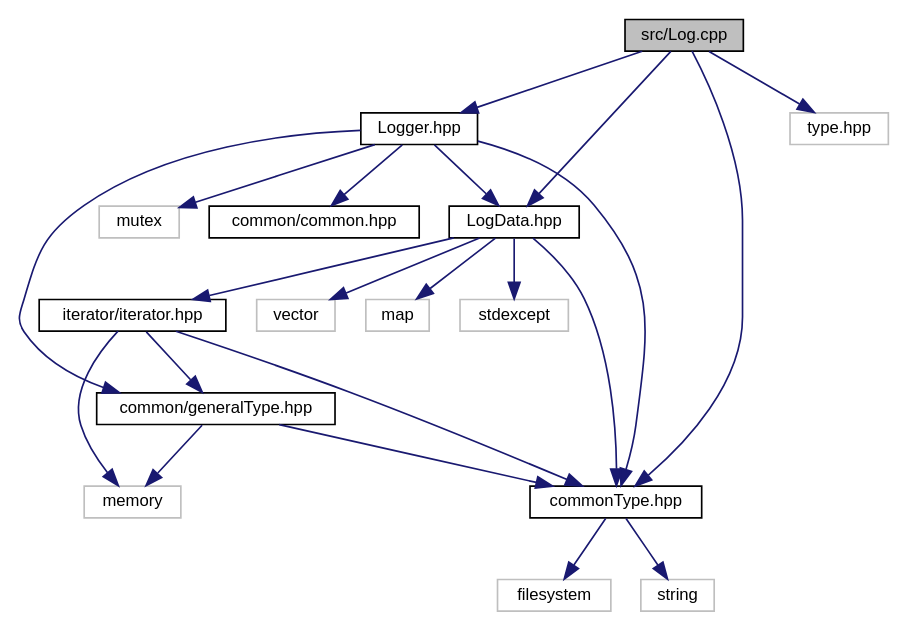
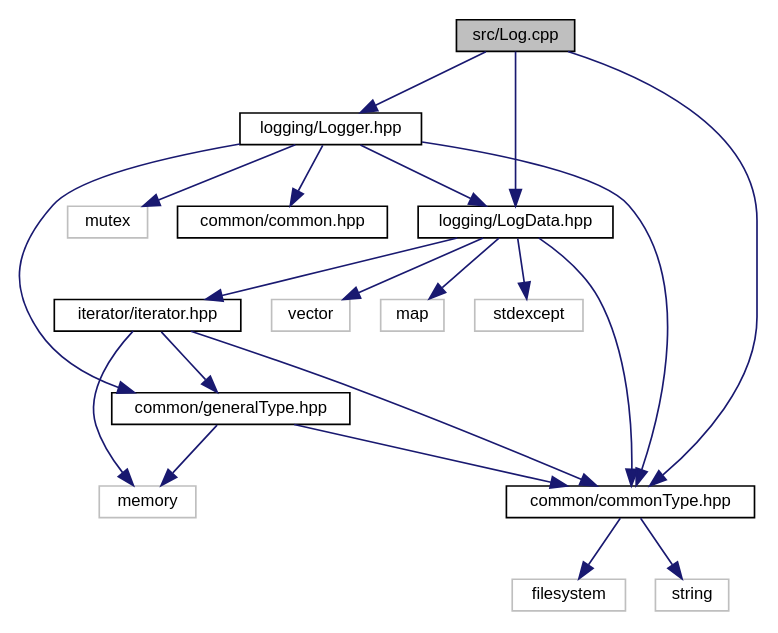
The diagram in document/ドキュメント/Log_8cpp__incl.dot (aka1ha2n3e/project00), drawn with Graphviz before and after one commit. The commit also changed 365 other files, not shown here.

```diff
--- a/document/ドキュメント/Log_8cpp__incl.dot
+++ b/document/ドキュメント/Log_8cpp__incl.dot
@@ -1,42 +1,40 @@
 digraph "src/Log.cpp"
 {
  // LATEX_PDF_SIZE
   edge [fontname="Helvetica",fontsize="10",labelfontname="Helvetica",labelfontsize="10"];
   node [fontname="Helvetica",fontsize="10",shape=record];
   Node1 [label="src/Log.cpp",height=0.2,width=0.4,color="black", fillcolor="grey75", style="filled", fontcolor="black",tooltip=" "];
   Node1 -> Node2 [color="midnightblue",fontsize="10",style="solid",fontname="Helvetica"];
-  Node2 [label="commonType.hpp",height=0.2,width=0.4,color="black", fillcolor="white", style="filled",URL="$commonType_8hpp.html",tooltip=" "];
+  Node2 [label="common/commonType.hpp",height=0.2,width=0.4,color="black", fillcolor="white", style="filled",URL="$commonType_8hpp.html",tooltip=" "];
   Node2 -> Node3 [color="midnightblue",fontsize="10",style="solid",fontname="Helvetica"];
   Node3 [label="filesystem",height=0.2,width=0.4,color="grey75", fillcolor="white", style="filled",tooltip=" "];
   Node2 -> Node4 [color="midnightblue",fontsize="10",style="solid",fontname="Helvetica"];
   Node4 [label="string",height=0.2,width=0.4,color="grey75", fillcolor="white", style="filled",tooltip=" "];
   Node1 -> Node5 [color="midnightblue",fontsize="10",style="solid",fontname="Helvetica"];
-  Node5 [label="type.hpp",height=0.2,width=0.4,color="grey75", fillcolor="white", style="filled",tooltip=" "];
-  Node1 -> Node6 [color="midnightblue",fontsize="10",style="solid",fontname="Helvetica"];
-  Node6 [label="LogData.hpp",height=0.2,width=0.4,color="black", fillcolor="white", style="filled",URL="$LogData_8hpp.html",tooltip=" "];
-  Node6 -> Node7 [color="midnightblue",fontsize="10",style="solid",fontname="Helvetica"];
-  Node7 [label="map",height=0.2,width=0.4,color="grey75", fillcolor="white", style="filled",tooltip=" "];
-  Node6 -> Node8 [color="midnightblue",fontsize="10",style="solid",fontname="Helvetica"];
-  Node8 [label="stdexcept",height=0.2,width=0.4,color="grey75", fillcolor="white", style="filled",tooltip=" "];
-  Node6 -> Node9 [color="midnightblue",fontsize="10",style="solid",fontname="Helvetica"];
-  Node9 [label="vector",height=0.2,width=0.4,color="grey75", fillcolor="white", style="filled",tooltip=" "];
-  Node6 -> Node2 [color="midnightblue",fontsize="10",style="solid",fontname="Helvetica"];
-  Node6 -> Node10 [color="midnightblue",fontsize="10",style="solid",fontname="Helvetica"];
-  Node10 [label="iterator/iterator.hpp",height=0.2,width=0.4,color="black", fillcolor="white", style="filled",URL="$iterator_8hpp.html",tooltip=" "];
-  Node10 -> Node11 [color="midnightblue",fontsize="10",style="solid",fontname="Helvetica"];
-  Node11 [label="memory",height=0.2,width=0.4,color="grey75", fillcolor="white", style="filled",tooltip=" "];
-  Node10 -> Node2 [color="midnightblue",fontsize="10",style="solid",fontname="Helvetica"];
-  Node10 -> Node12 [color="midnightblue",fontsize="10",style="solid",fontname="Helvetica"];
-  Node12 [label="common/generalType.hpp",height=0.2,width=0.4,color="black", fillcolor="white", style="filled",URL="$generalType_8hpp.html",tooltip=" "];
+  Node5 [label="logging/LogData.hpp",height=0.2,width=0.4,color="black", fillcolor="white", style="filled",URL="$LogData_8hpp.html",tooltip=" "];
+  Node5 -> Node6 [color="midnightblue",fontsize="10",style="solid",fontname="Helvetica"];
+  Node6 [label="map",height=0.2,width=0.4,color="grey75", fillcolor="white", style="filled",tooltip=" "];
+  Node5 -> Node7 [color="midnightblue",fontsize="10",style="solid",fontname="Helvetica"];
+  Node7 [label="stdexcept",height=0.2,width=0.4,color="grey75", fillcolor="white", style="filled",tooltip=" "];
+  Node5 -> Node8 [color="midnightblue",fontsize="10",style="solid",fontname="Helvetica"];
+  Node8 [label="vector",height=0.2,width=0.4,color="grey75", fillcolor="white", style="filled",tooltip=" "];
+  Node5 -> Node2 [color="midnightblue",fontsize="10",style="solid",fontname="Helvetica"];
+  Node5 -> Node9 [color="midnightblue",fontsize="10",style="solid",fontname="Helvetica"];
+  Node9 [label="iterator/iterator.hpp",height=0.2,width=0.4,color="black", fillcolor="white", style="filled",URL="$iterator_8hpp.html",tooltip=" "];
+  Node9 -> Node10 [color="midnightblue",fontsize="10",style="solid",fontname="Helvetica"];
+  Node10 [label="memory",height=0.2,width=0.4,color="grey75", fillcolor="white", style="filled",tooltip=" "];
+  Node9 -> Node2 [color="midnightblue",fontsize="10",style="solid",fontname="Helvetica"];
+  Node9 -> Node11 [color="midnightblue",fontsize="10",style="solid",fontname="Helvetica"];
+  Node11 [label="common/generalType.hpp",height=0.2,width=0.4,color="black", fillcolor="white", style="filled",URL="$generalType_8hpp.html",tooltip=" "];
+  Node11 -> Node10 [color="midnightblue",fontsize="10",style="solid",fontname="Helvetica"];
+  Node11 -> Node2 [color="midnightblue",fontsize="10",style="solid",fontname="Helvetica"];
+  Node1 -> Node12 [color="midnightblue",fontsize="10",style="solid",fontname="Helvetica"];
+  Node12 [label="logging/Logger.hpp",height=0.2,width=0.4,color="black", fillcolor="white", style="filled",URL="$Logger_8hpp.html",tooltip=" "];
+  Node12 -> Node13 [color="midnightblue",fontsize="10",style="solid",fontname="Helvetica"];
+  Node13 [label="mutex",height=0.2,width=0.4,color="grey75", fillcolor="white", style="filled",tooltip=" "];
+  Node12 -> Node14 [color="midnightblue",fontsize="10",style="solid",fontname="Helvetica"];
+  Node14 [label="common/common.hpp",height=0.2,width=0.4,color="black", fillcolor="white", style="filled",URL="$common_8hpp.html",tooltip=" "];
+  Node12 -> Node2 [color="midnightblue",fontsize="10",style="solid",fontname="Helvetica"];
+  Node12 -> Node5 [color="midnightblue",fontsize="10",style="solid",fontname="Helvetica"];
   Node12 -> Node11 [color="midnightblue",fontsize="10",style="solid",fontname="Helvetica"];
-  Node12 -> Node2 [color="midnightblue",fontsize="10",style="solid",fontname="Helvetica"];
-  Node1 -> Node13 [color="midnightblue",fontsize="10",style="solid",fontname="Helvetica"];
-  Node13 [label="Logger.hpp",height=0.2,width=0.4,color="black", fillcolor="white", style="filled",URL="$Logger_8hpp.html",tooltip=" "];
-  Node13 -> Node14 [color="midnightblue",fontsize="10",style="solid",fontname="Helvetica"];
-  Node14 [label="mutex",height=0.2,width=0.4,color="grey75", fillcolor="white", style="filled",tooltip=" "];
-  Node13 -> Node15 [color="midnightblue",fontsize="10",style="solid",fontname="Helvetica"];
-  Node15 [label="common/common.hpp",height=0.2,width=0.4,color="black", fillcolor="white", style="filled",URL="$common_8hpp.html",tooltip=" "];
-  Node13 -> Node2 [color="midnightblue",fontsize="10",style="solid",fontname="Helvetica"];
-  Node13 -> Node6 [color="midnightblue",fontsize="10",style="solid",fontname="Helvetica"];
-  Node13 -> Node12 [color="midnightblue",fontsize="10",style="solid",fontname="Helvetica"];
 }
```
